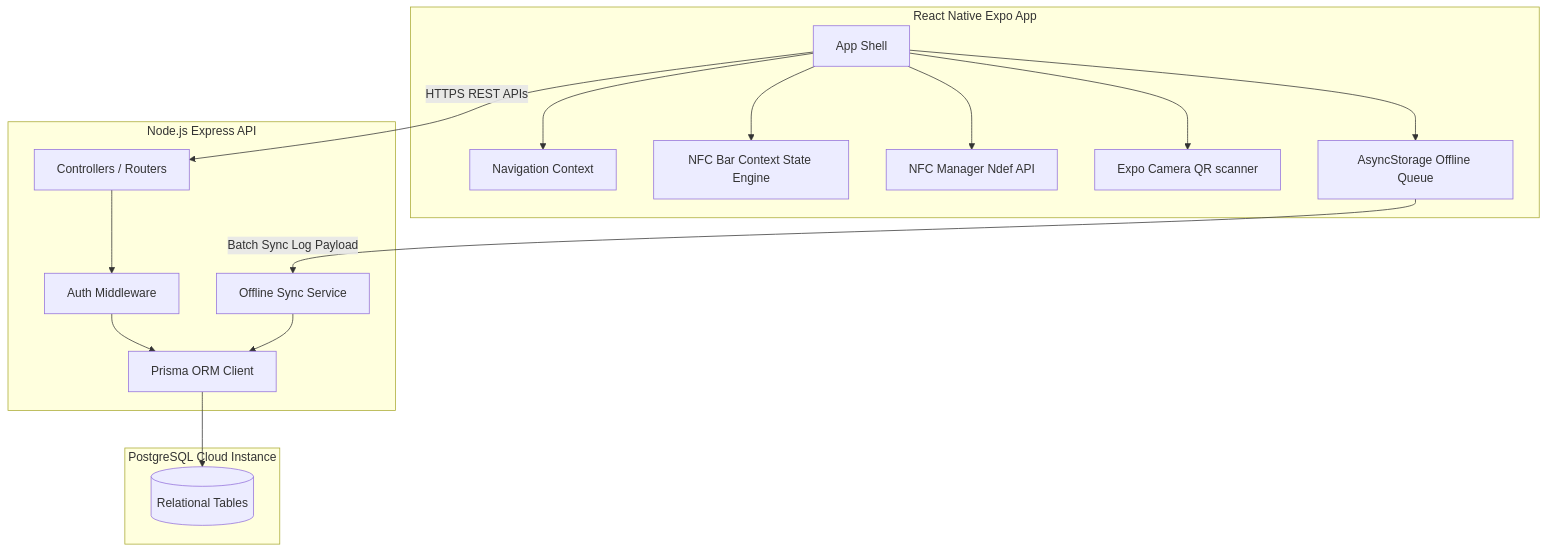
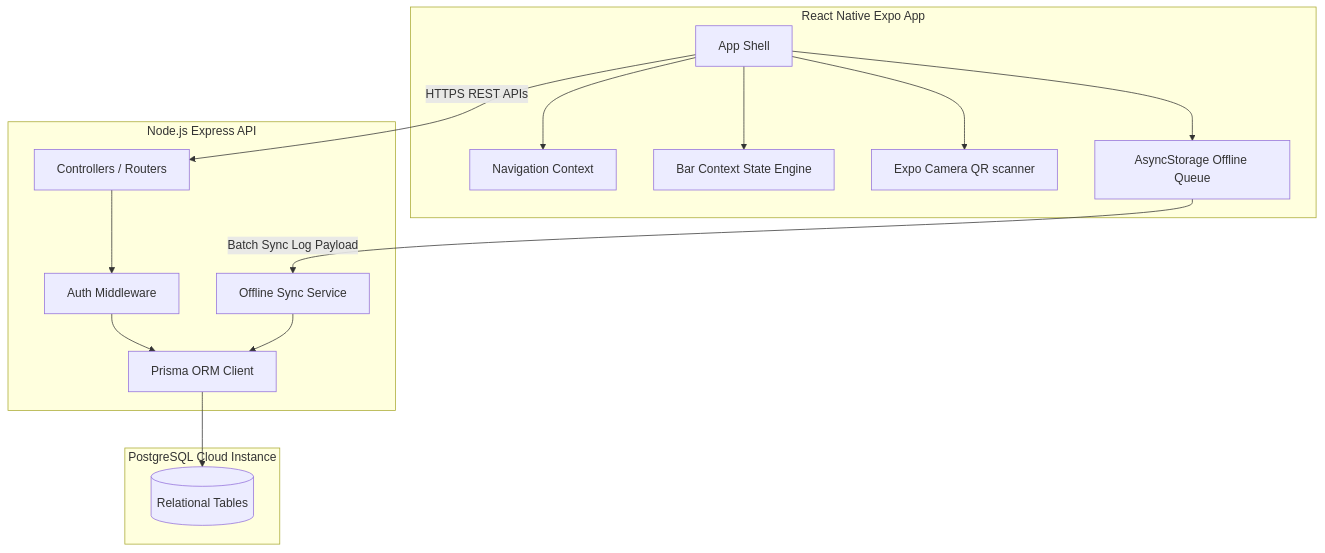
One commit to divyanscloudshiftsolutions/F-B-Registration changed the first of 8 diagrams in End_to_End_Technical_Documentation.md. Above: the diagram before and after it, drawn with Mermaid. The commit also changed other lines of this file and 70 other files, not shown here.

````diff
--- a/End_to_End_Technical_Documentation.md
+++ b/End_to_End_Technical_Documentation.md
@@ -33,24 +33,23 @@
 ```mermaid
 flowchart TD
     subgraph Client [React Native Expo App]
         RN[App Shell] --> Nav[Navigation Context]
-        RN --> State[NFC Bar Context State Engine]
-        RN --> NFC[NFC Manager Ndef API]
+        RN --> State[Bar Context State Engine]
         RN --> Cam[Expo Camera QR scanner]
         RN --> OfflineQueue[AsyncStorage Offline Queue]
     end
 
     subgraph Server [Node.js Express API]
         Controller[Controllers / Routers] --> AuthM[Auth Middleware]
         AuthM --> Prisma[Prisma ORM Client]
         SyncEngine[Offline Sync Service] --> Prisma
     end
 
     subgraph Database [PostgreSQL Cloud Instance]
         Tables[(Relational Tables)]
     end
 
     RN -- HTTPS REST APIs --> Controller
     OfflineQueue -- Batch Sync Log Payload --> SyncEngine
     Prisma --> Tables
 ```
````
